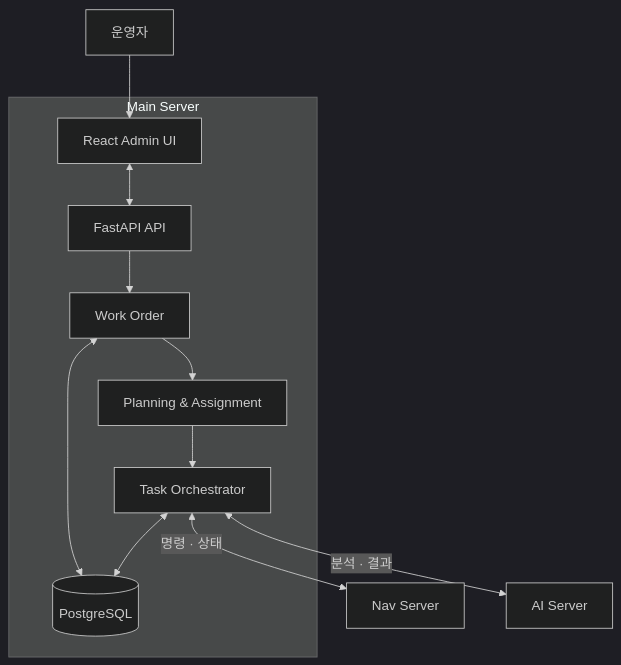
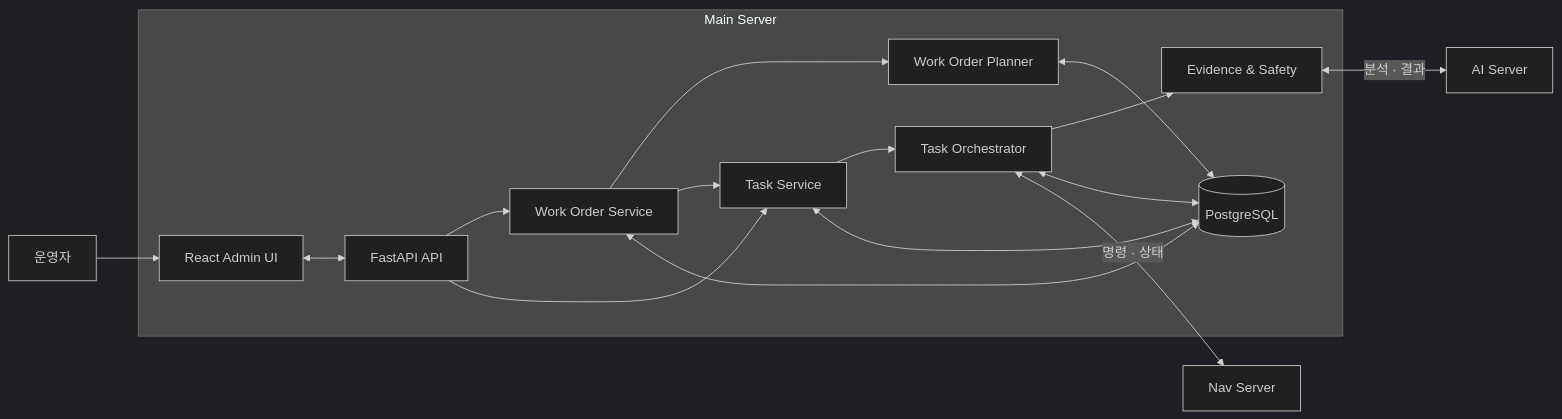
Before and after one commit to eduwing-robotics/ros2-ai-amr-repo3: the diagram in main-server/README.md, drawn with Mermaid (dark theme). The commit also changed other lines of this file, not shown here.

Commit message:
minor_change

````diff
--- a/main-server/README.md
+++ b/main-server/README.md
@@ -27,20 +27,25 @@
 ```mermaid
-flowchart TB
+flowchart LR
     Operator[운영자]
 
     subgraph Main["Main Server"]
         UI[React Admin UI] <--> API[FastAPI API]
-        API --> Work[Work Order]
-        Work --> Plan[Planning & Assignment]
-        Plan --> Orch[Task Orchestrator]
+        API --> Work[Work Order Service]
+        API --> Task[Task Service]
+        Work --> Plan[Work Order Planner]
+        Work --> Task
+        Task --> Orch[Task Orchestrator]
+        Orch --> Evidence[Evidence & Safety]
         Work <--> DB[(PostgreSQL)]
+        Plan <--> DB
+        Task <--> DB
         Orch <--> DB
     end
 
     Nav[Nav Server]
     AI[AI Server]
 
     Operator --> UI
     Orch <-->|명령 · 상태| Nav
-    Orch <-->|분석 · 결과| AI
+    Evidence <-->|분석 · 결과| AI
 ```
````
